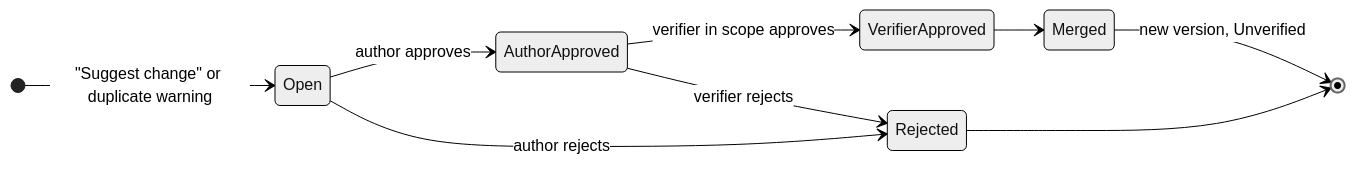
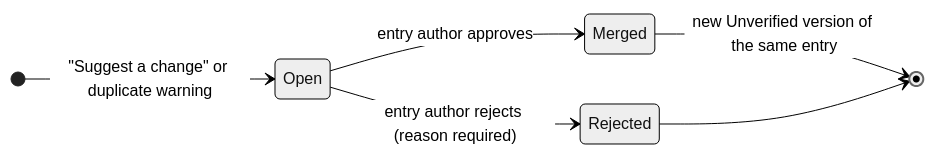
The second of 3 diagrams in README.md (EgorKorsunskiy/-sdworx--trusted-knowledge-base), drawn with Mermaid before and after one commit. The commit also changed other lines of this file, not shown here.

````diff
--- a/README.md
+++ b/README.md
@@ -68,13 +116,10 @@
 ```mermaid
 %%{init: {"theme": "neutral", "themeVariables": {"clusterBkg": "transparent", "noteBkgColor": "#f4f4f4", "noteBorderColor": "#999999", "noteTextColor": "#333333"}}}%%
 stateDiagram-v2
     direction LR
-    [*] --> Open: "Suggest change" or duplicate warning
-    Open --> AuthorApproved: author approves
-    Open --> Rejected: author rejects
-    AuthorApproved --> VerifierApproved: verifier in scope approves
-    AuthorApproved --> Rejected: verifier rejects
-    VerifierApproved --> Merged
-    Merged --> [*]: new version, Unverified
+    [*] --> Open: "Suggest a change" or duplicate warning
+    Open --> Merged: entry author approves
+    Open --> Rejected: entry author rejects (reason required)
+    Merged --> [*]: new Unverified version of the same entry
     Rejected --> [*]
 ```
````
